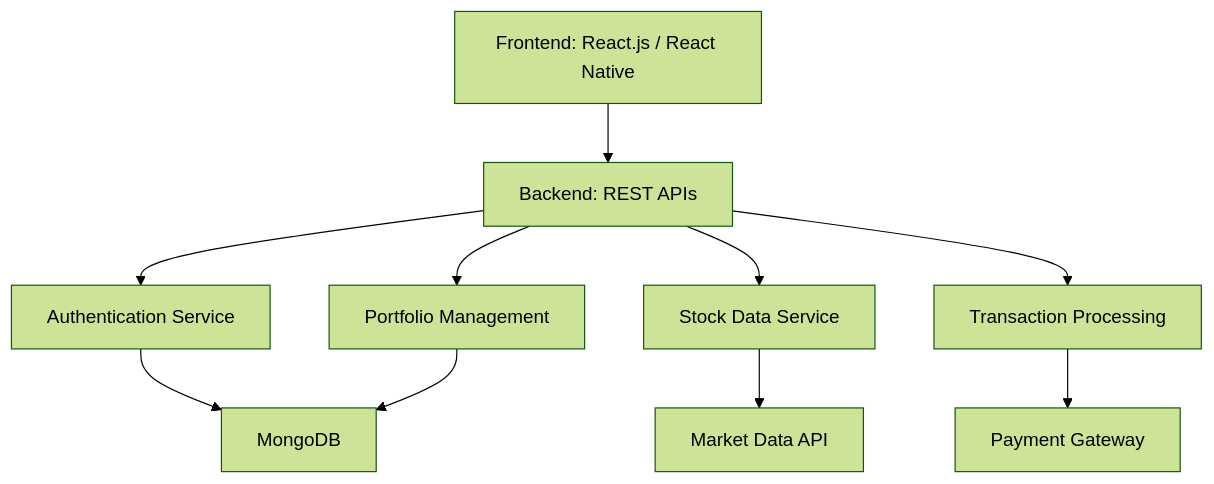
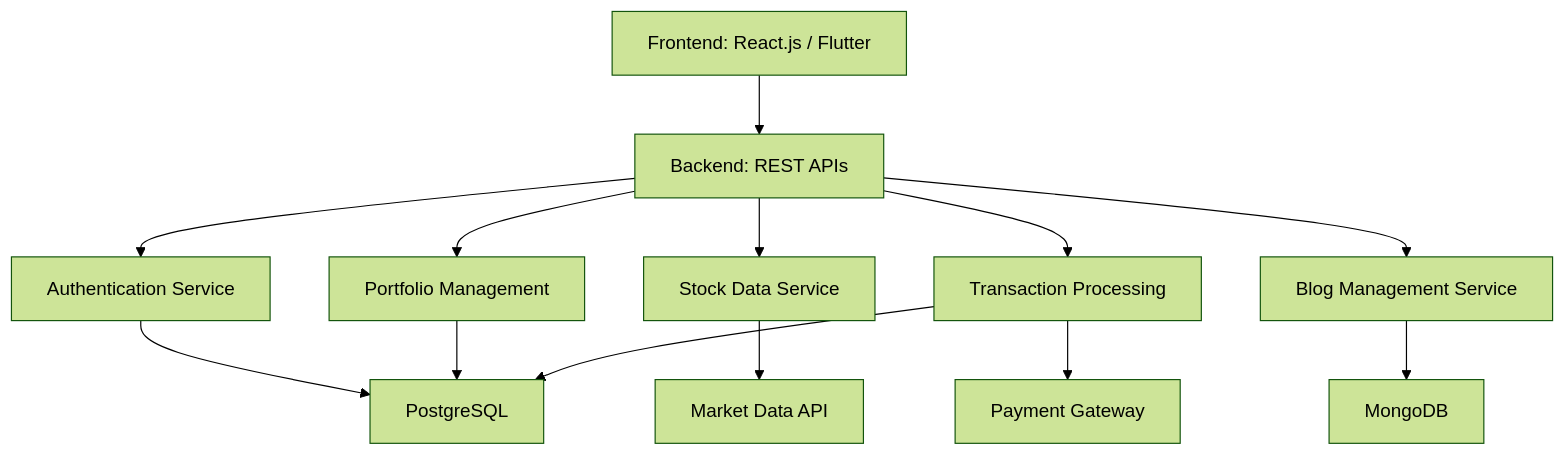
One commit to IIITLucknowSWEngg/CSITTeam011 changed the first of 2 diagrams in Design.md. Above: the diagram before and after it, drawn with Mermaid (forest theme). The commit also changed other lines of this file, not shown here.

````diff
--- a/Design.md
+++ b/Design.md
@@ -36,13 +61,16 @@
 ```mermaid
 flowchart TD
-    UI["Frontend: React.js / React Native"] --> API["Backend: REST APIs"]
+    UI["Frontend: React.js / Flutter"] --> API["Backend: REST APIs"]
     API --> AuthService["Authentication Service"]
     API --> StockService["Stock Data Service"]
     API --> PortfolioService["Portfolio Management"]
     API --> TransactionService["Transaction Processing"]
 
-    AuthService --> DB["MongoDB"]
+    AuthService --> PostgreSQL["PostgreSQL"]
+    PortfolioService --> PostgreSQL
+    TransactionService --> PostgreSQL
     StockService --> MarketAPI["Market Data API"]
-    PortfolioService --> DB
+    API --> BlogService["Blog Management Service"]
+    BlogService --> MongoDB["MongoDB"]
     TransactionService --> PaymentGateway["Payment Gateway"]
 ```
````
